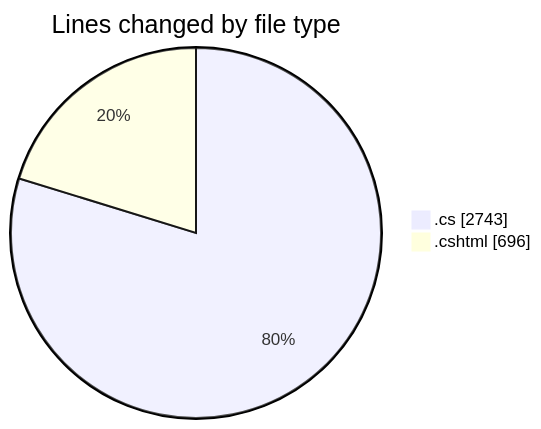
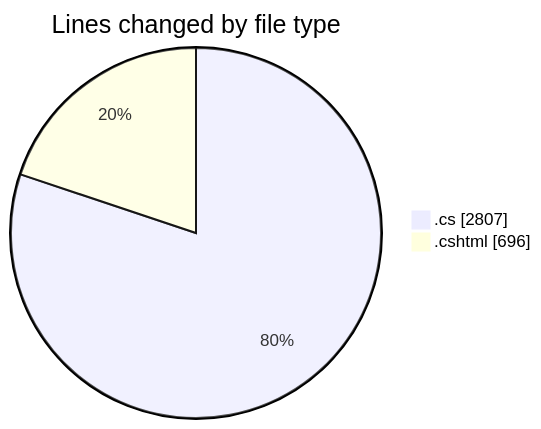
The first of 2 diagrams in 2025-07-15/nhahang/README.md (lephambinh05/code-tracking), drawn with Mermaid before and after one commit. The commit also changed other lines of this file and 1 other file, not shown here.

````diff
--- a/2025-07-15/nhahang/README.md
+++ b/2025-07-15/nhahang/README.md
@@ -77,6 +77,6 @@
 ```mermaid
 pie showData
 title Lines changed by file type
-".cs" : 2743
+".cs" : 2807
 ".cshtml" : 696
 ```
````
